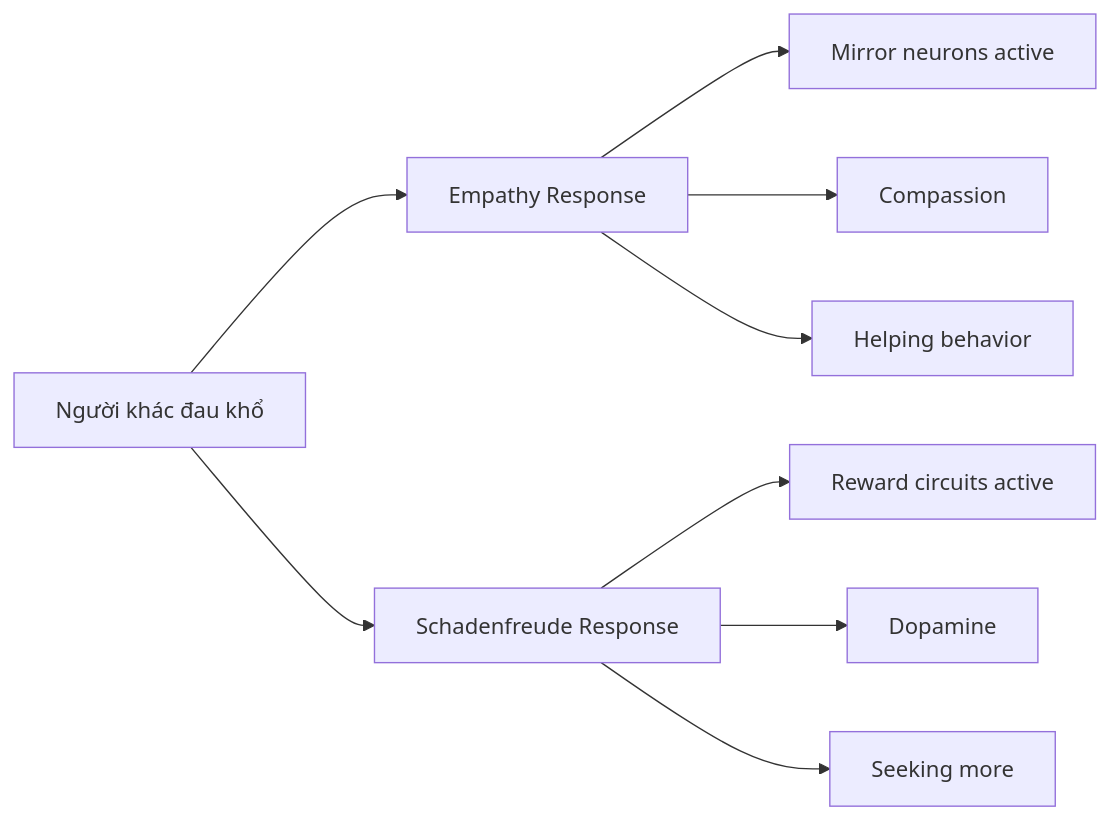
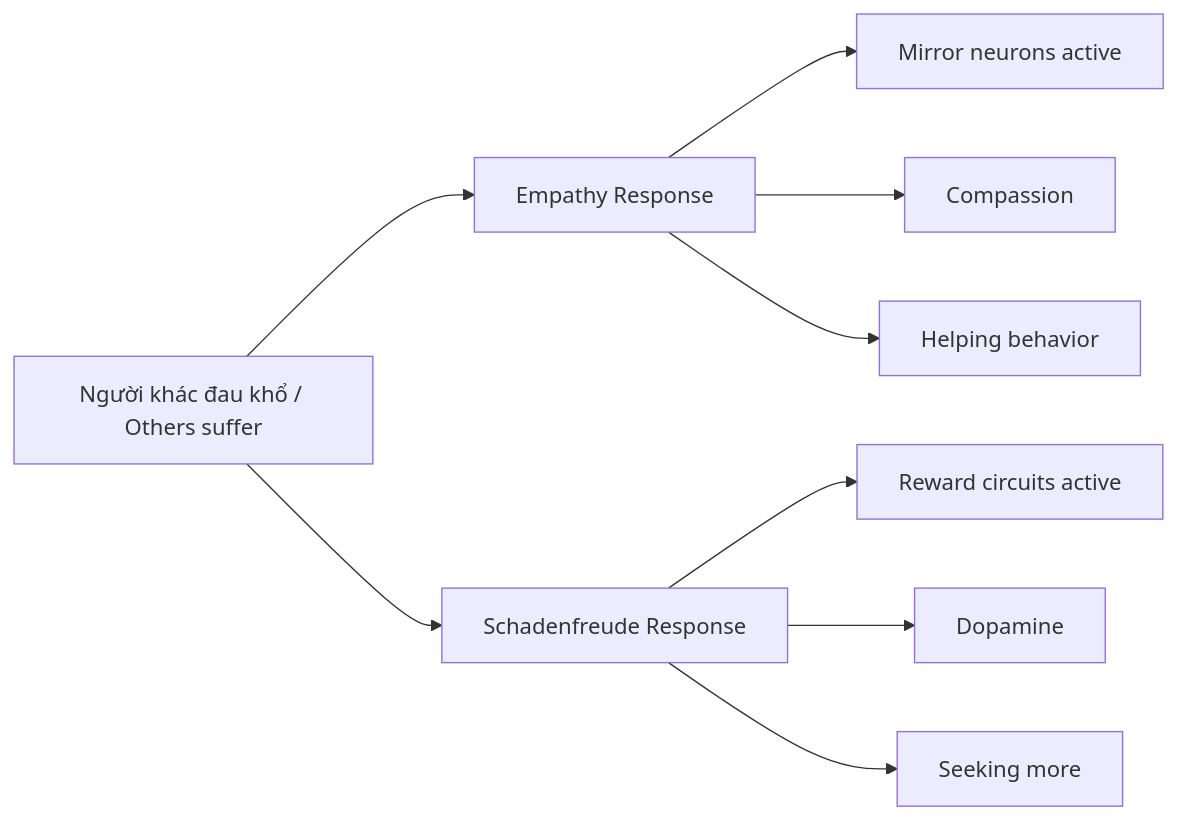
One commit to dyukahi/knowledge changed the fifth of 5 diagrams in mental-models/Schadenfreude - Dopamine Phản Diện.md. Above: the diagram before and after it, drawn with Mermaid. The commit also changed other lines of this file and 3 other files, not shown here.

````diff
--- a/mental-models/Schadenfreude - Dopamine Phản Diện.md
+++ b/mental-models/Schadenfreude - Dopamine Phản Diện.md
@@ -197,15 +208,15 @@
 ```mermaid
 graph LR
-    A[Người khác đau khổ]
+    A[Người khác đau khổ / Others suffer]
     
     A --> B[Empathy Response]
     A --> C[Schadenfreude Response]
     
     B --> D[Mirror neurons active]
     B --> E[Compassion]
     B --> F[Helping behavior]
     
     C --> G[Reward circuits active]
     C --> H[Dopamine]
     C --> I[Seeking more]
 ```
````
